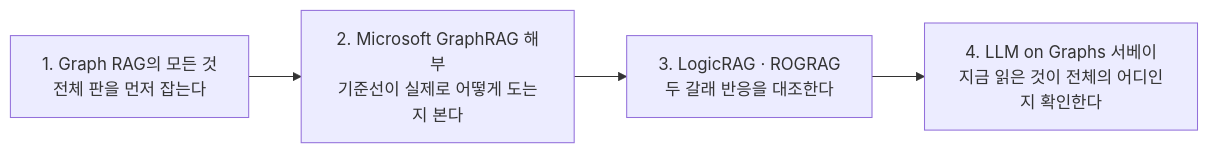
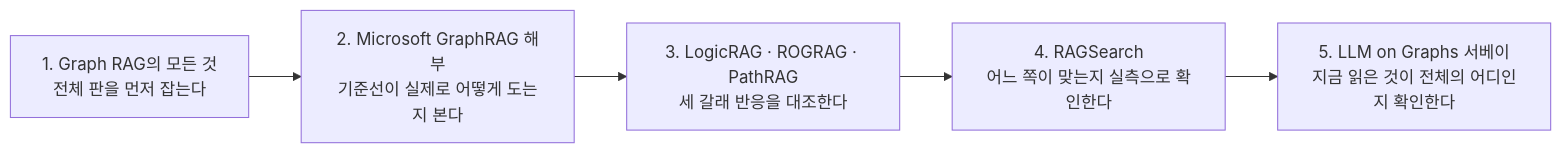
One commit to workdd/I_AM_ML_Engineer changed the third of 3 diagrams in readings/_maps/graphrag_지식지도.md. Above: the diagram before and after it, drawn with Mermaid. The commit also changed other lines of this file and 2 other files, not shown here.

First line of the commit message:
docs: RAGSearch·PathRAG를 README·지식 지도·읽기 대기열에 연결

````diff
--- a/readings/_maps/graphrag_지식지도.md
+++ b/readings/_maps/graphrag_지식지도.md
@@ -107,8 +115,9 @@
 ```mermaid
 flowchart LR
     A["1. Graph RAG의 모든 것<br/>전체 판을 먼저 잡는다"]
     B["2. Microsoft GraphRAG 해부<br/>기준선이 실제로 어떻게 도는지 본다"]
-    C["3. LogicRAG · ROGRAG<br/>두 갈래 반응을 대조한다"]
-    D["4. LLM on Graphs 서베이<br/>지금 읽은 것이 전체의 어디인지 확인한다"]
-    A --> B --> C --> D
+    C["3. LogicRAG · ROGRAG · PathRAG<br/>세 갈래 반응을 대조한다"]
+    E["4. RAGSearch<br/>어느 쪽이 맞는지 실측으로 확인한다"]
+    D["5. LLM on Graphs 서베이<br/>지금 읽은 것이 전체의 어디인지 확인한다"]
+    A --> B --> C --> E --> D
 ```
````
